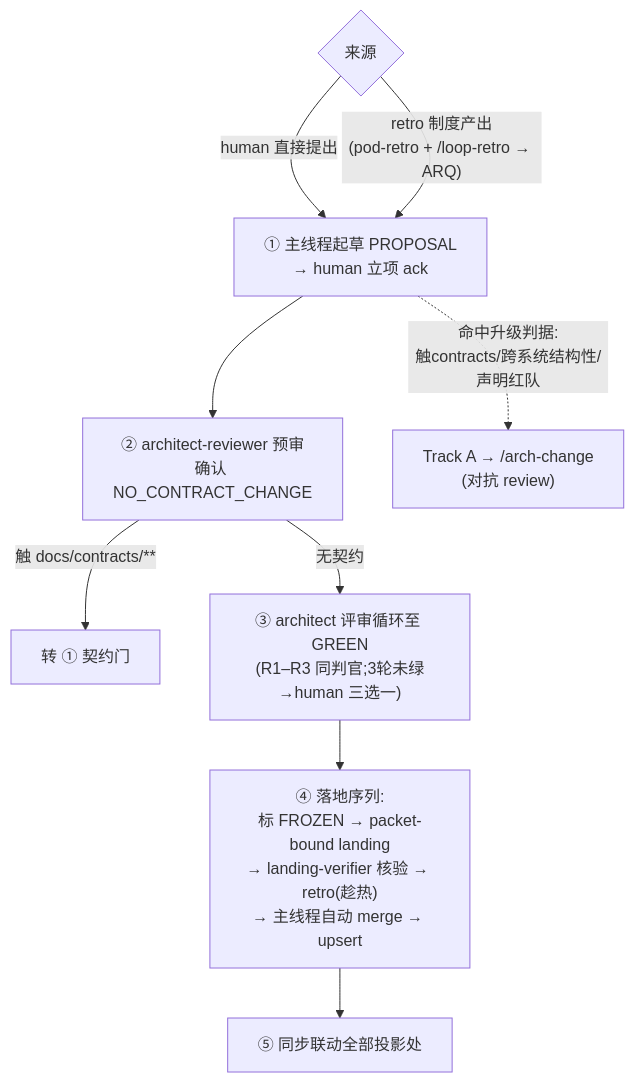
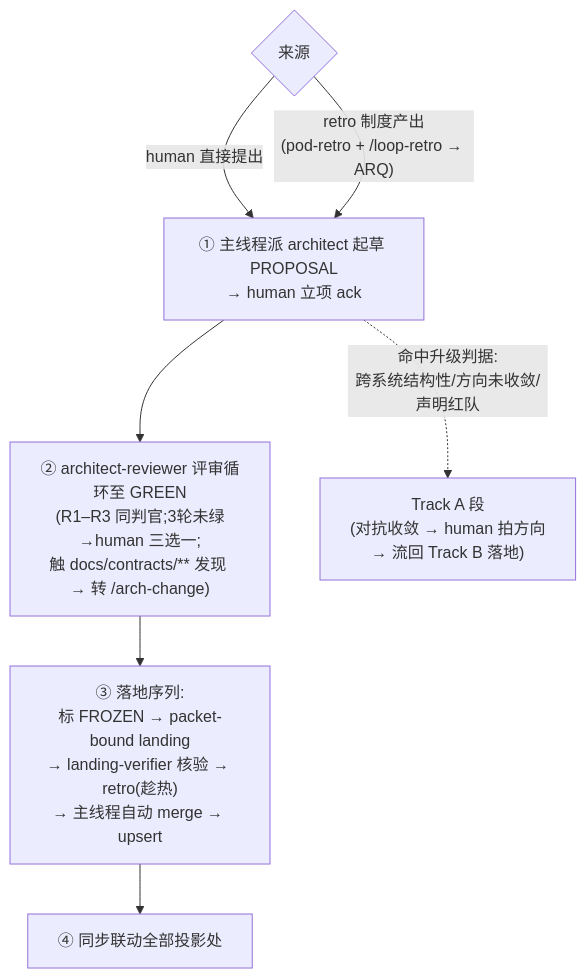
The fourth of 5 diagrams in docs/DEV-GOVERNANCE.md (fandanpeng/KidPal), drawn with Mermaid before and after one commit. The commit also changed other lines of this file and 46 other files, not shown here.

First line of the commit message:
landing(261015-gov-review-face-loop-unify): 四面 loop 元结构落地——/arch-change repurposing + /gov-change 新建 + 契约去人签门改机械凭据闸 + cast 统一

````diff
--- a/docs/DEV-GOVERNANCE.md
+++ b/docs/DEV-GOVERNANCE.md
@@ -142,11 +133,9 @@
 ```mermaid
 flowchart TD
     SRC{"来源"} -->|"human 直接提出"| D1
     SRC -->|"retro 制度产出<br/>(pod-retro + /loop-retro → ARQ)"| D1
-    D1["① 主线程起草 PROPOSAL<br/>→ human 立项 ack"] --> PRE["② architect-reviewer 预审<br/>确认 NO_CONTRACT_CHANGE"]
-    PRE -->|"触 docs/contracts/**"| CGATE["转 ① 契约门"]
-    PRE -->|"无契约"| REV["③ architect 评审循环至 GREEN<br/>(R1–R3 同判官;3轮未绿→human 三选一)"]
-    REV --> SEQ["④ 落地序列:<br/>标 FROZEN → packet-bound landing<br/>→ landing-verifier 核验 → retro(趁热)<br/>→ 主线程自动 merge → upsert"]
-    SEQ --> SYNC["⑤ 同步联动全部投影处"]
-    D1 -.->|"命中升级判据:<br/>触contracts/跨系统结构性/声明红队"| TA["Track A → /arch-change<br/>(对抗 review)"]
+    D1["① 主线程派 architect 起草 PROPOSAL<br/>→ human 立项 ack"] --> REV["② architect-reviewer 评审循环至 GREEN<br/>(R1–R3 同判官;3轮未绿→human 三选一;<br/>触 docs/contracts/** 发现 → 转 /arch-change)"]
+    REV --> SEQ["③ 落地序列:<br/>标 FROZEN → packet-bound landing<br/>→ landing-verifier 核验 → retro(趁热)<br/>→ 主线程自动 merge → upsert"]
+    SEQ --> SYNC["④ 同步联动全部投影处"]
+    D1 -.->|"命中升级判据:<br/>跨系统结构性/方向未收敛/声明红队"| TA["Track A 段<br/>(对抗收敛 → human 拍方向<br/>→ 流回 Track B 落地)"]
 ```
````
